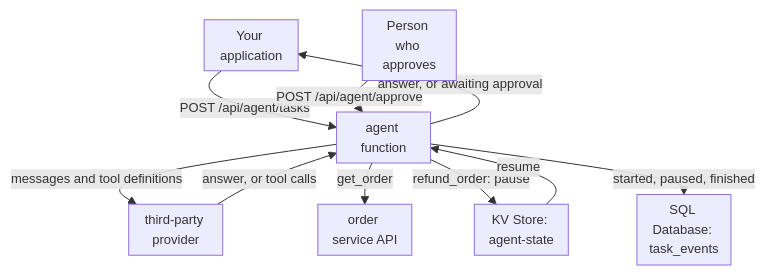
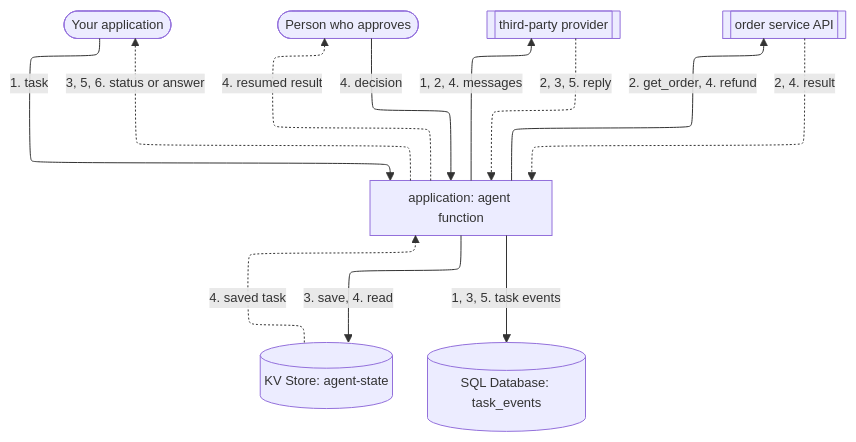
One commit to aziontech/docs changed the diagram in apps/docs/src/content/docs/en/pages/use-cases/build-and-run-ai-workloads/build-ai-agents.mdx. Above: the diagram before and after it, drawn with Mermaid. The commit also changed other lines of this file and 55 other files, not shown here.

Commit message:
docs(use-cases): redraw the use-case diagrams with the way back and check their claims (#2509)

````diff
--- a/apps/docs/src/content/docs/en/pages/use-cases/build-and-run-ai-workloads/build-ai-agents.mdx
+++ b/apps/docs/src/content/docs/en/pages/use-cases/build-and-run-ai-workloads/build-ai-agents.mdx
@@ -43,13 +45,22 @@
 ```mermaid
-%%{init: {"layout": "dagre", "themeVariables": {"fontSize": "13px"}, "flowchart": {"nodeSpacing": 12, "rankSpacing": 12, "padding": 6, "wrappingWidth": 70, "minNodeWidth": 40, "useMaxWidth": true}}}%%
+%%{init: {"layout": "elk", "elk": {"preset": "modelOrder", "keepEntryNodeOnTop": true}, "themeVariables": {"fontSize": "13px"}, "flowchart": {"nodeSpacing": 24, "rankSpacing": 36, "padding": 8, "wrappingWidth": 150, "useMaxWidth": true}, "sequence": {"width": 120, "actorMargin": 30, "useMaxWidth": true}}}%%
 flowchart TD
-  Caller["Your application"] -->|"POST /api/agent/tasks"| Fn["agent function"]
-  Fn -->|"messages and tool definitions"| LLM["third-party provider"]
-  LLM -->|"answer, or tool calls"| Fn
-  Fn -->|"get_order"| API["order service API"]
-  Fn -->|"refund_order: pause"| KV["KV Store: agent-state"]
-  Approver["Person who approves"] -->|"POST /api/agent/approve"| Fn
-  KV -->|"resume"| Fn
-  Fn -->|"started, paused, finished"| DB["SQL Database: task_events"]
-  Fn -->|"answer, or awaiting approval"| Caller
+  Caller(["Your application"])
+  Approver(["Person who approves"])
+  Fn["application: agent function"]
+  LLM[["third-party provider"]]
+  API[["order service API"]]
+  KV[("KV Store: agent-state")]
+  DB[("SQL Database: task_events")]
+  Caller -->|"1. task"| Fn
+  Approver -->|"4. decision"| Fn
+  Fn -->|"1, 2, 4. messages"| LLM
+  Fn -->|"2. get_order, 4. refund"| API
+  Fn -->|"3. save, 4. read"| KV
+  Fn -->|"1, 3, 5. task events"| DB
+  LLM -.->|"2, 3, 5. reply"| Fn
+  API -.->|"2, 4. result"| Fn
+  KV -.->|"4. saved task"| Fn
+  Fn -.->|"3, 5, 6. status or answer"| Caller
+  Fn -.->|"4. resumed result"| Approver
 ```
````
